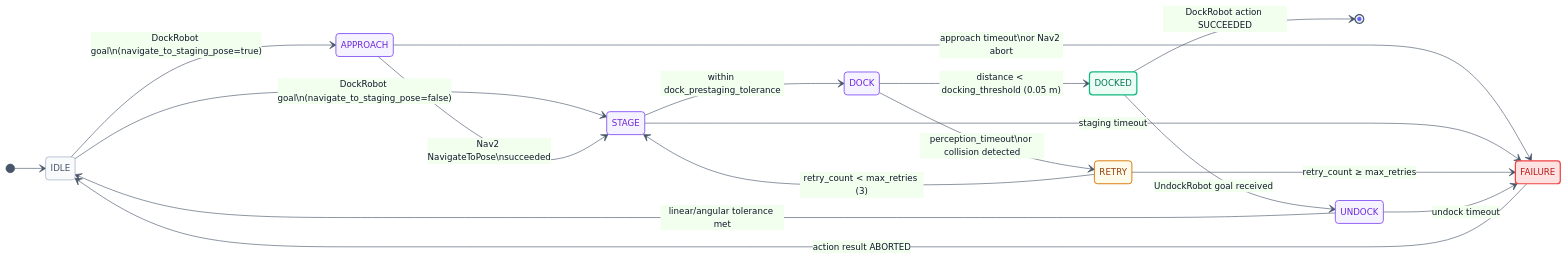
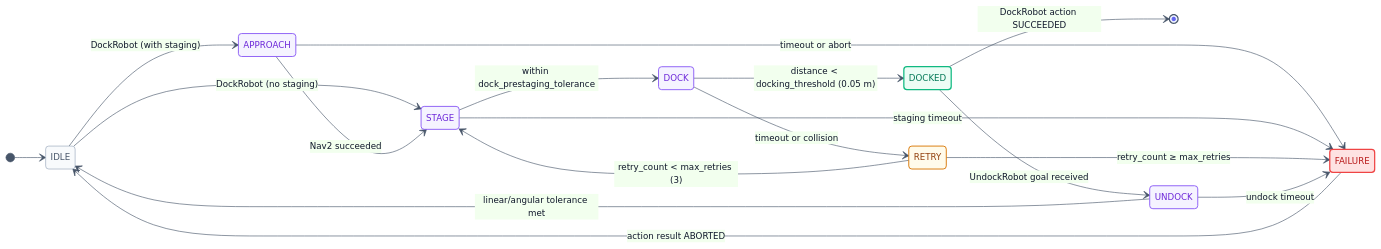
Before and after one commit to hwanhonglee/CAMROD: the third of 4 diagrams in camrod_parking/README.md, drawn with Mermaid. The commit also changed other lines of this file and 11 other files, not shown here.

First line of the commit message:
docs: fix Mermaid syntax errors and reduce emoji overuse in all READMEs

````diff
--- a/camrod_parking/README.md
+++ b/camrod_parking/README.md
@@ -135,41 +135,41 @@
 ```mermaid
 %%{init: {'theme': 'base', 'themeVariables': {'fontFamily': 'ui-sans-serif, system-ui, sans-serif', 'fontSize': '14px', 'primaryColor': '#EEF2FF', 'primaryTextColor': '#0F172A', 'primaryBorderColor': '#6366F1', 'lineColor': '#475569'}}}%%
 stateDiagram-v2
   direction LR
 
   classDef idle        fill:#F8FAFC,stroke:#94A3B8,color:#475569;
   classDef active      fill:#F5F3FF,stroke:#8B5CF6,stroke-width:1.5px,color:#6D28D9;
   classDef success     fill:#ECFDF5,stroke:#10B981,stroke-width:2px,color:#047857;
   classDef error       fill:#FEE2E2,stroke:#EF4444,stroke-width:2px,color:#B91C1C;
   classDef retry       fill:#FFFBEB,stroke:#D97706,stroke-width:1.5px,color:#92400E;
 
   [*] --> IDLE
 
-  IDLE --> APPROACH : DockRobot goal\n(navigate_to_staging_pose=true)
-  IDLE --> STAGE    : DockRobot goal\n(navigate_to_staging_pose=false)
+  IDLE --> APPROACH : DockRobot (with staging)
+  IDLE --> STAGE    : DockRobot (no staging)
 
-  APPROACH --> STAGE   : Nav2 NavigateToPose\nsucceeded
-  APPROACH --> FAILURE : approach timeout\nor Nav2 abort
+  APPROACH --> STAGE   : Nav2 succeeded
+  APPROACH --> FAILURE : timeout or abort
 
   STAGE --> DOCK    : within dock_prestaging_tolerance
   STAGE --> FAILURE : staging timeout
 
   DOCK --> DOCKED  : distance < docking_threshold (0.05 m)
-  DOCK --> RETRY   : perception_timeout\nor collision detected
+  DOCK --> RETRY   : timeout or collision
   RETRY --> STAGE  : retry_count < max_retries (3)
   RETRY --> FAILURE: retry_count ≥ max_retries
 
   DOCKED --> [*]   : DockRobot action SUCCEEDED
 
   DOCKED --> UNDOCK : UndockRobot goal received
   UNDOCK --> IDLE   : linear/angular tolerance met
   UNDOCK --> FAILURE: undock timeout
 
   FAILURE --> IDLE  : action result ABORTED
 
   class IDLE idle
   class APPROACH,STAGE,DOCK,UNDOCK active
   class DOCKED success
   class FAILURE error
   class RETRY retry
 ```
````
